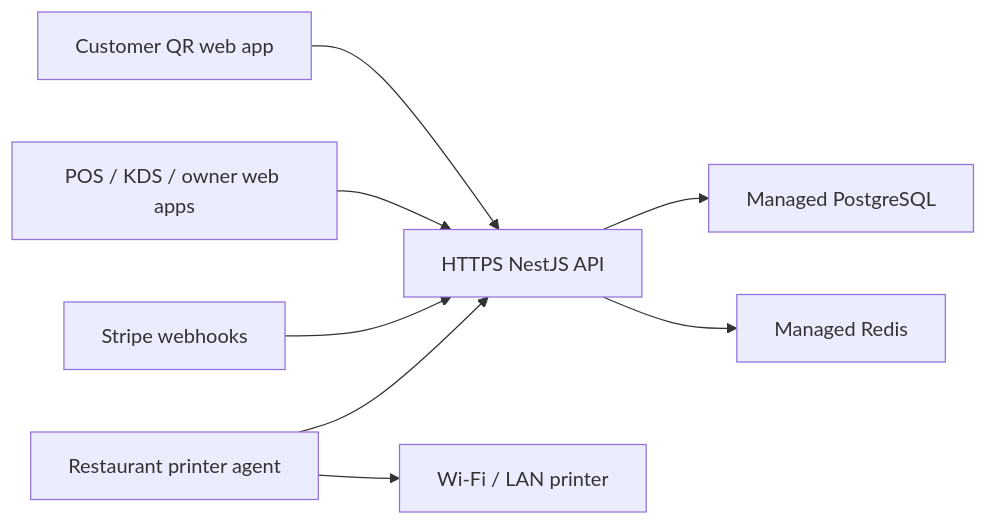
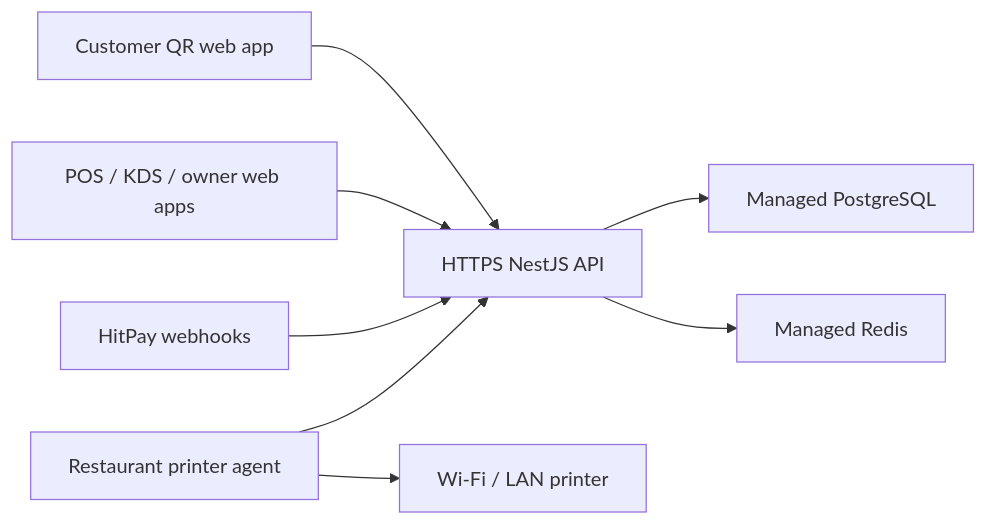
One commit to tanjunnan0101/restaurant-qr-pos-backend changed the diagram in docs/deployment.md. Above: the diagram before and after it, drawn with Mermaid. The commit also changed other lines of this file and 33 other files, not shown here.

Commit message:
Migrate customer checkout from Stripe to HitPay

````diff
--- a/docs/deployment.md
+++ b/docs/deployment.md
@@ -8,10 +8,10 @@
 ```mermaid
 flowchart LR
   Customer["Customer QR web app"] --> API["HTTPS NestJS API"]
   Staff["POS / KDS / owner web apps"] --> API
-  Stripe["Stripe webhooks"] --> API
+  HitPay["HitPay webhooks"] --> API
   API --> DB["Managed PostgreSQL"]
   API --> Redis["Managed Redis"]
   Agent["Restaurant printer agent"] --> API
   Agent --> Printer["Wi-Fi / LAN printer"]
 ```
````
